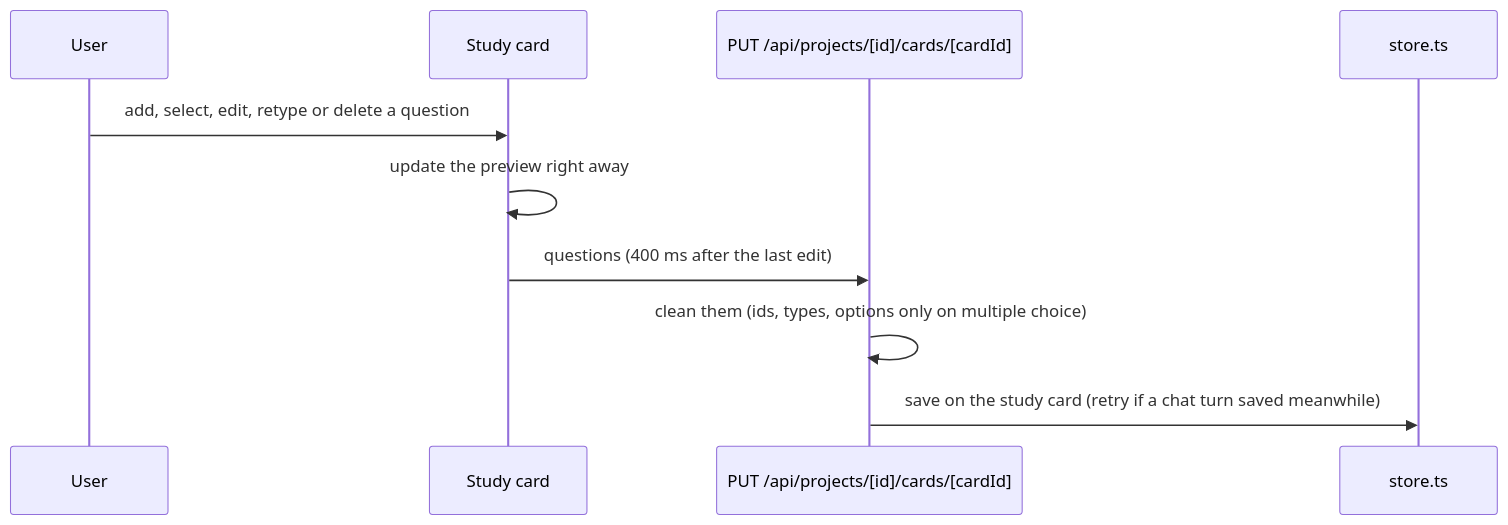
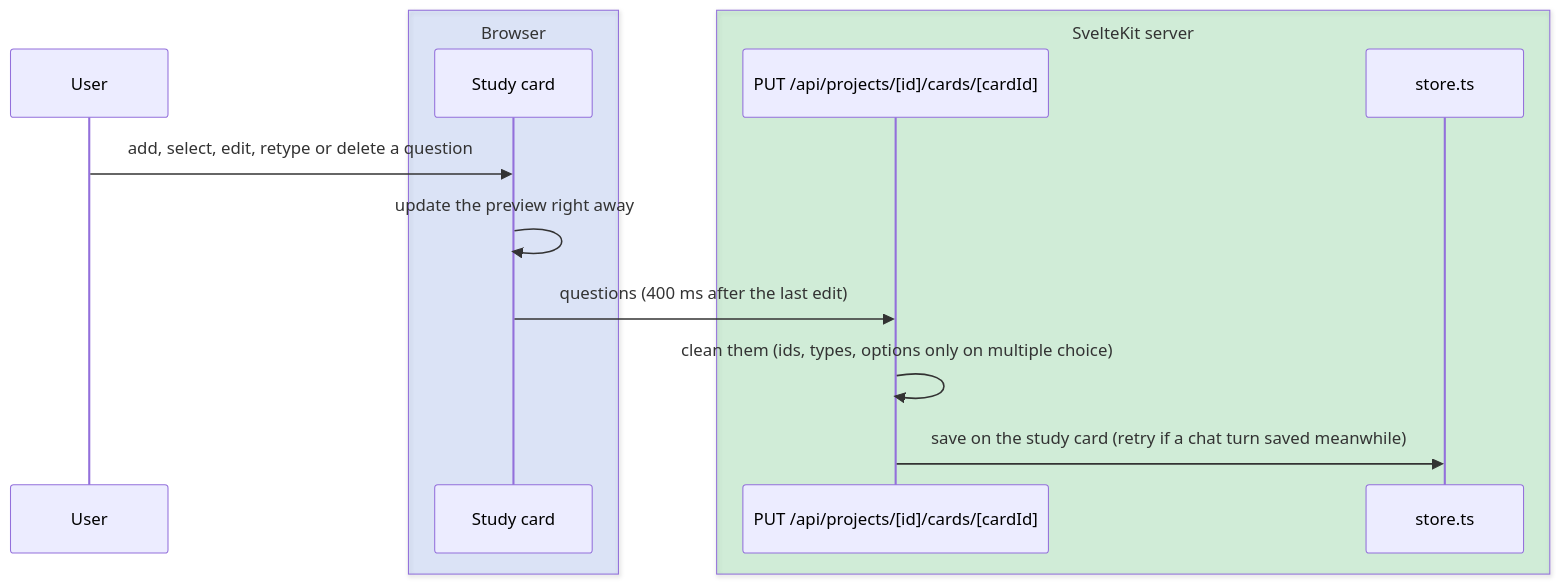
The fourth of 6 diagrams in docs/architecture.md (iamvaskiv/iris), drawn with Mermaid before and after one commit. The commit also changed other lines of this file and 2 other files, not shown here.

First line of the commit message:
Diagrams: classic Mermaid look, colour-coded by role

````diff
--- a/docs/architecture.md
+++ b/docs/architecture.md
@@ -103,12 +143,20 @@
 ```mermaid
+---
+config:
+  look: classic
+---
 sequenceDiagram
     participant U as User
-    participant SC as Study card
-    participant API as PUT /api/projects/[id]/cards/[cardId]
-    participant S as store.ts
+    box rgba(76,125,255,0.15) Browser
+        participant SC as Study card
+    end
+    box rgba(0,189,50,0.15) SvelteKit server
+        participant API as PUT /api/projects/[id]/cards/[cardId]
+        participant S as store.ts
+    end
     U->>SC: add, select, edit, retype or delete a question
     SC->>SC: update the preview right away
     SC->>API: questions (400 ms after the last edit)
     API->>API: clean them (ids, types, options only on multiple choice)
     API->>S: save on the study card (retry if a chat turn saved meanwhile)
 ```
````
